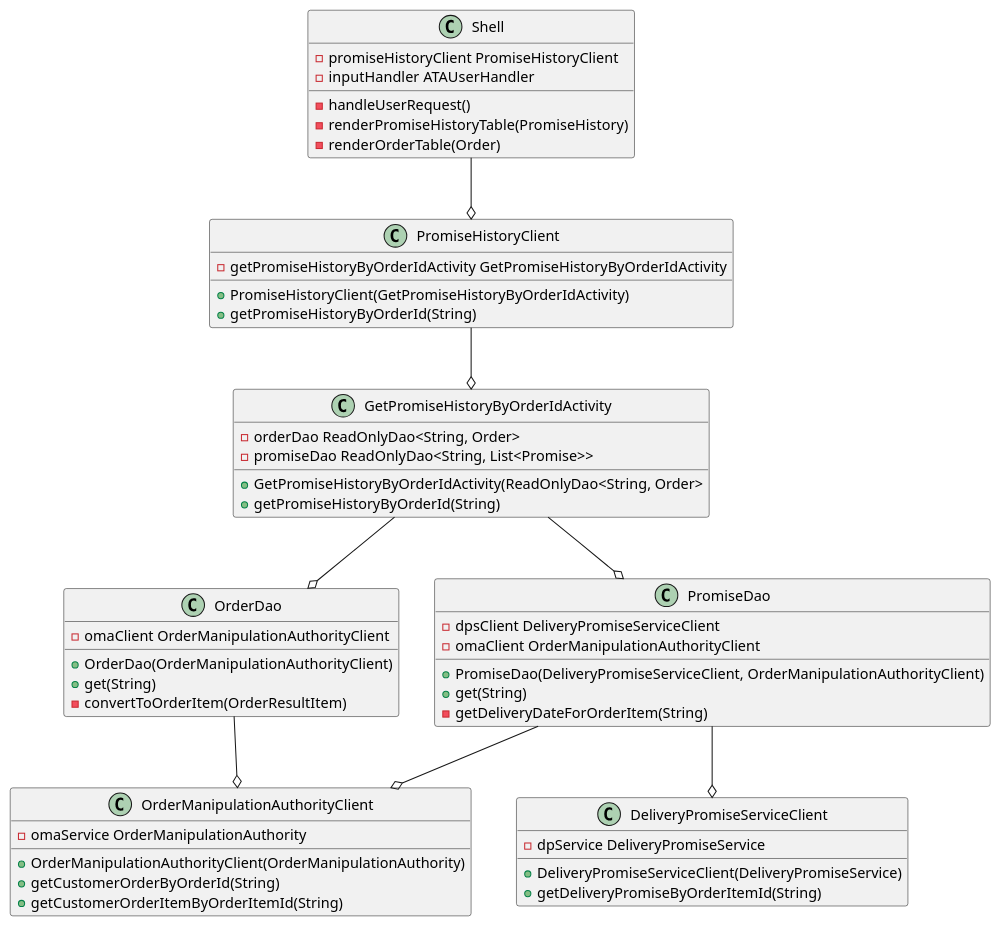
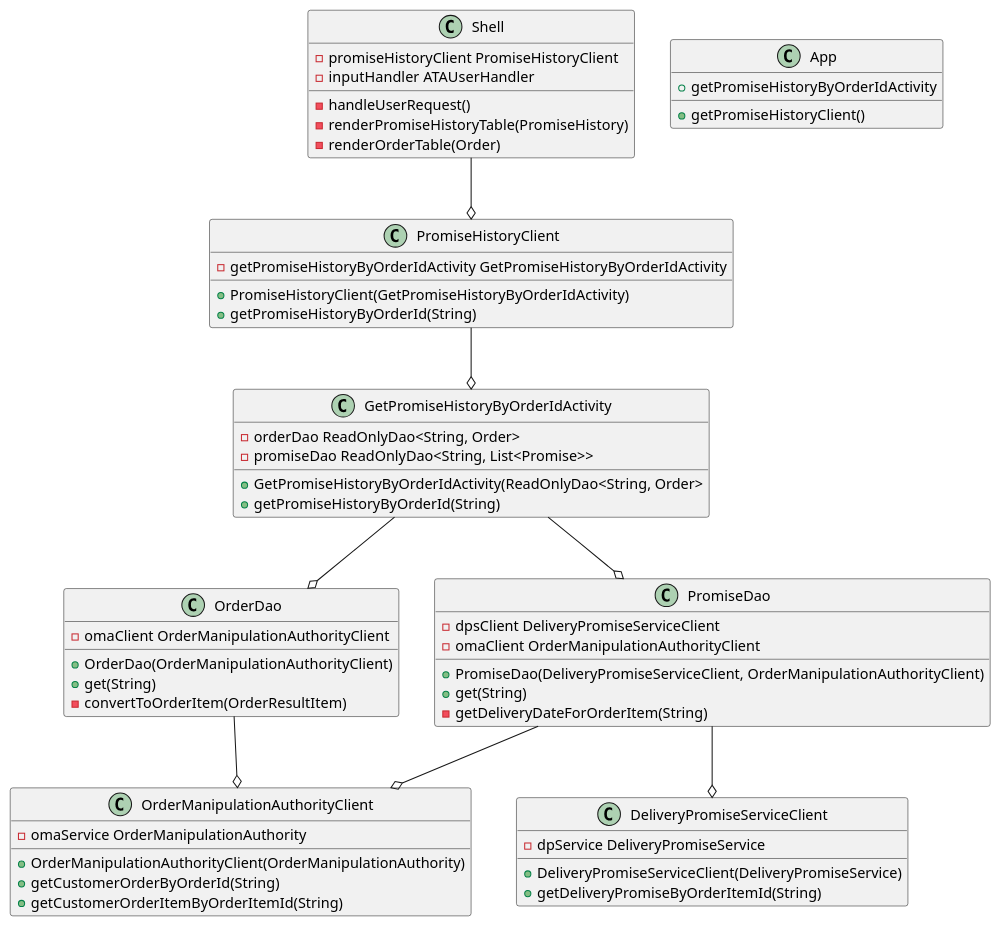
Before and after one commit to zdisalvo/OrderFulfillment: the diagram in src/resources/deliveringonourpromise_CD.puml, drawn with PlantUML. The commit also changed 10 other files, not shown here.

Commit message:
added more classes to class diagram

```diff
--- a/src/resources/deliveringonourpromise_CD.puml
+++ b/src/resources/deliveringonourpromise_CD.puml
@@ -1,77 +1,83 @@
 @startuml
 
 class Shell {
-- promiseHistoryClient PromiseHistoryClient
-- inputHandler ATAUserHandler
+    - promiseHistoryClient PromiseHistoryClient
+    - inputHandler ATAUserHandler
 
-- handleUserRequest()
-- renderPromiseHistoryTable(PromiseHistory)
-- renderOrderTable(Order)
+    - handleUserRequest()
+    - renderPromiseHistoryTable(PromiseHistory)
+    - renderOrderTable(Order)
 
+}
+
+class App {
+    + getPromiseHistoryClient()
+    + getPromiseHistoryByOrderIdActivity
+    
 }
 
 
 class PromiseHistoryClient {
 - getPromiseHistoryByOrderIdActivity GetPromiseHistoryByOrderIdActivity
 
 + PromiseHistoryClient(GetPromiseHistoryByOrderIdActivity)
 + getPromiseHistoryByOrderId(String)
 
 }
 
 
 class GetPromiseHistoryByOrderIdActivity {
 - orderDao ReadOnlyDao<String, Order>
 - promiseDao ReadOnlyDao<String, List<Promise>>
 
 + GetPromiseHistoryByOrderIdActivity(ReadOnlyDao<String, Order>
 + getPromiseHistoryByOrderId(String)
 }
 
 
 class OrderDao {
 - omaClient OrderManipulationAuthorityClient
 
 + OrderDao(OrderManipulationAuthorityClient)
 + get(String)
 - convertToOrderItem(OrderResultItem)
 
 }
 
 
 class PromiseDao {
 - dpsClient DeliveryPromiseServiceClient
 - omaClient OrderManipulationAuthorityClient
 
 + PromiseDao(DeliveryPromiseServiceClient, OrderManipulationAuthorityClient)
 + get(String)
 - getDeliveryDateForOrderItem(String)
 }
 
 
 class OrderManipulationAuthorityClient {
 - omaService OrderManipulationAuthority
 
 + OrderManipulationAuthorityClient(OrderManipulationAuthority)
 + getCustomerOrderByOrderId(String)
 + getCustomerOrderItemByOrderItemId(String)
 }
 
 
 class DeliveryPromiseServiceClient {
 - dpService DeliveryPromiseService
 
 + DeliveryPromiseServiceClient(DeliveryPromiseService)
 + getDeliveryPromiseByOrderItemId(String)
 }
 
 Shell --o PromiseHistoryClient
 PromiseHistoryClient --o GetPromiseHistoryByOrderIdActivity
 GetPromiseHistoryByOrderIdActivity --o OrderDao
 OrderDao --o OrderManipulationAuthorityClient
 GetPromiseHistoryByOrderIdActivity --o PromiseDao
 PromiseDao --o OrderManipulationAuthorityClient
 PromiseDao --o DeliveryPromiseServiceClient
 
 
 @enduml
```
